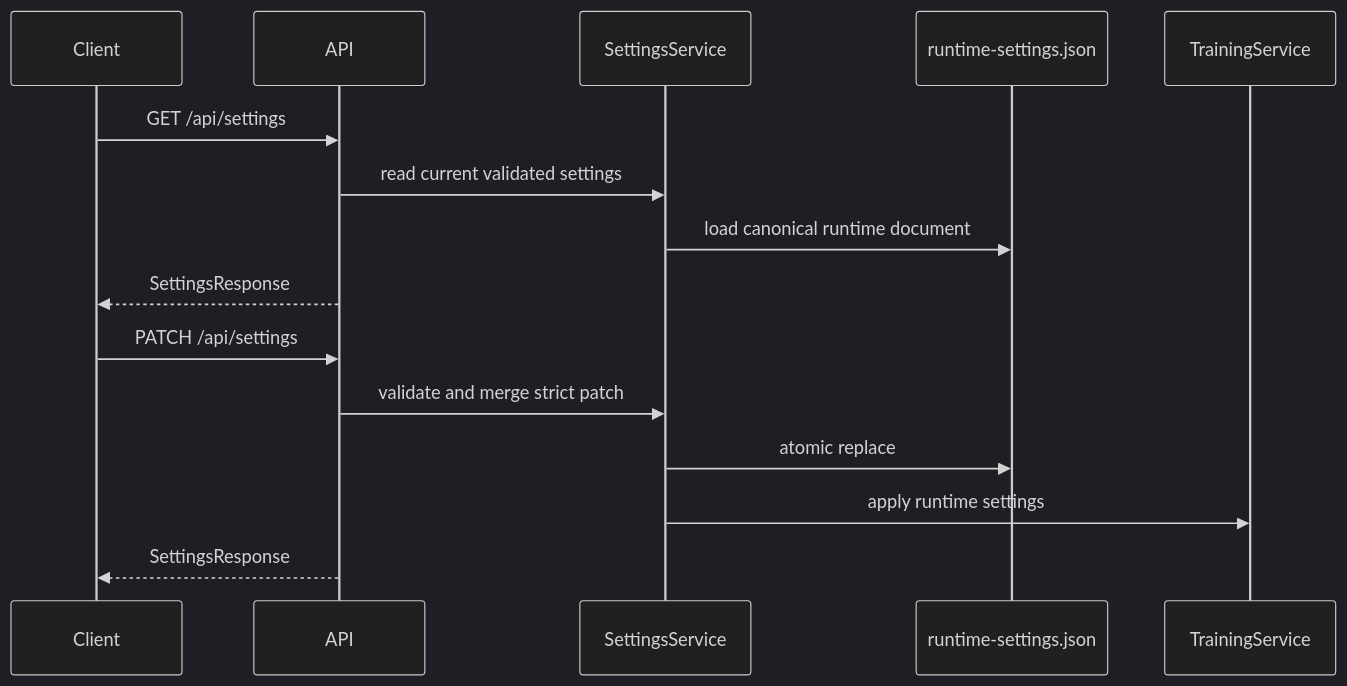
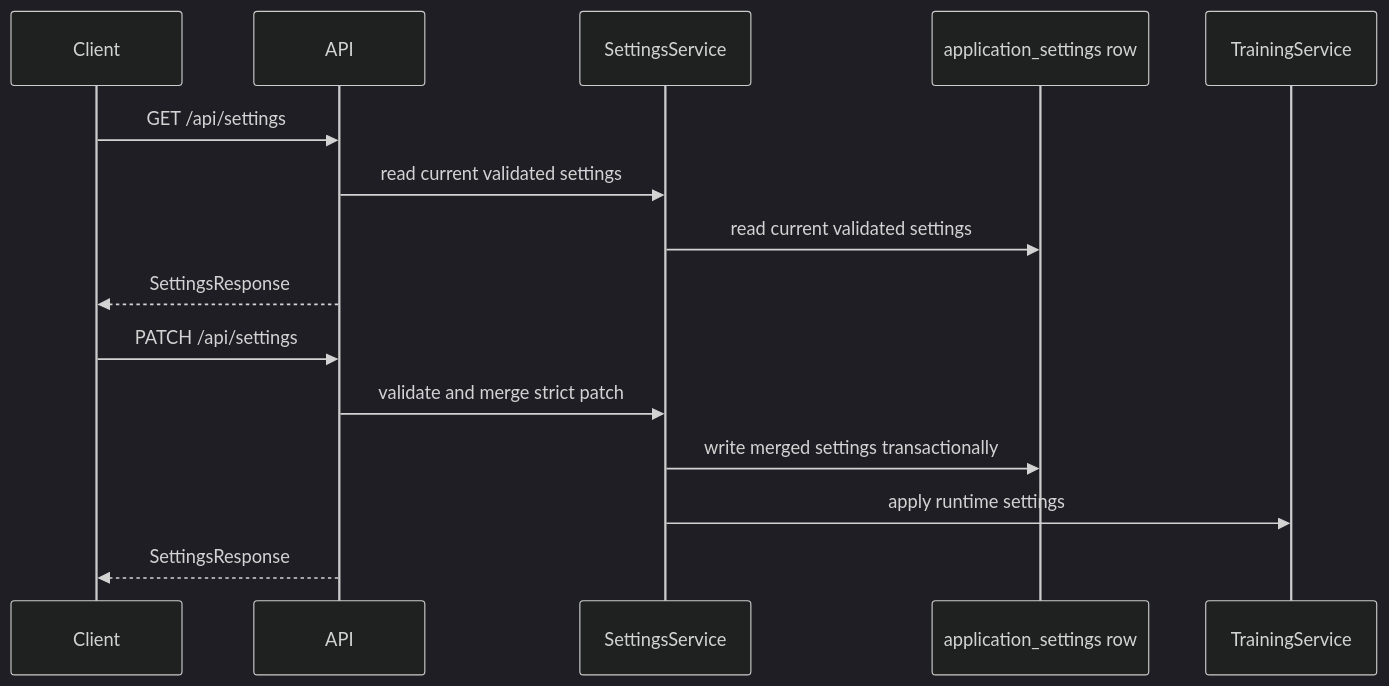
One commit to CTCycle/FAIRS-Roulette-Player changed the third of 5 diagrams in assets/docs/architecture/execution_and_data_flow.md. Above: the diagram before and after it, drawn with Mermaid (dark theme). The commit also changed other lines of this file and 58 other files, not shown here.

````diff
--- a/assets/docs/architecture/execution_and_data_flow.md
+++ b/assets/docs/architecture/execution_and_data_flow.md
@@ -111,18 +111,18 @@
 ```mermaid
 sequenceDiagram
     participant Client
     participant API
     participant Settings as SettingsService
-    participant File as runtime-settings.json
+    participant DB as application_settings row
     participant Training as TrainingService
 
     Client->>API: GET /api/settings
     API->>Settings: read current validated settings
-    Settings->>File: load canonical runtime document
+    Settings->>DB: read current validated settings
     API-->>Client: SettingsResponse
     Client->>API: PATCH /api/settings
     API->>Settings: validate and merge strict patch
-    Settings->>File: atomic replace
+    Settings->>DB: write merged settings transactionally
     Settings->>Training: apply runtime settings
     API-->>Client: SettingsResponse
 ```
````
